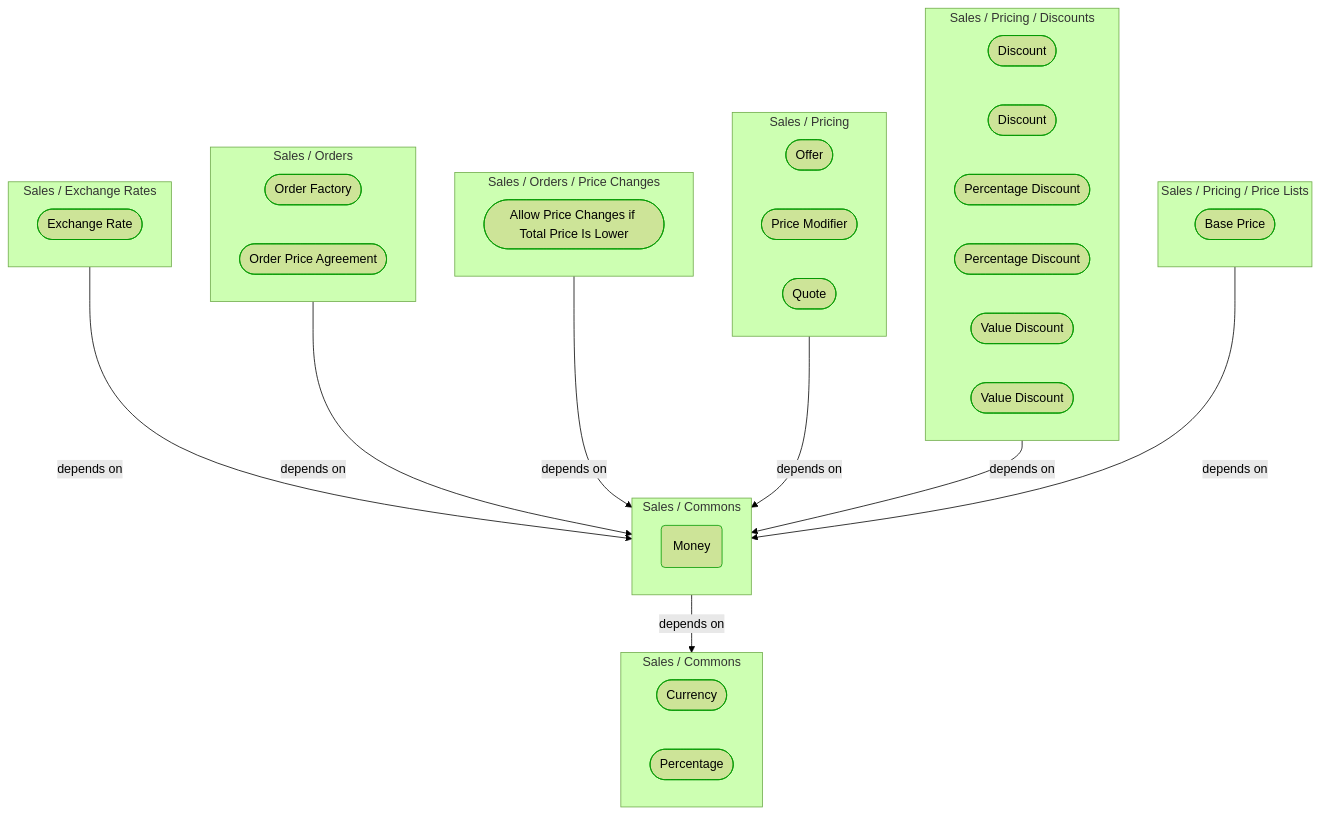
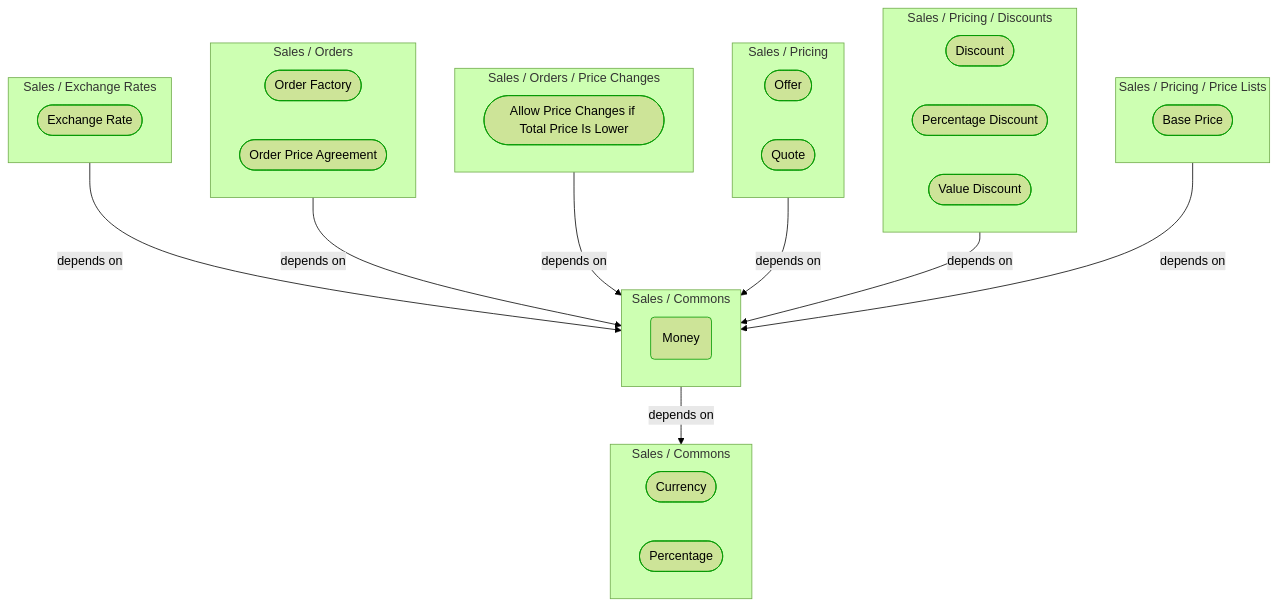
One commit to itlibrium/DDD-starter-dotnet changed the diagram in Docs/P3/MermaidOutput/Domain/Concepts/Sales/Commons/Money.md. Above: the diagram before and after it, drawn with Mermaid (forest theme). The commit also changed other lines of this file and 102 other files, not shown here.

````diff
--- a/Docs/P3/MermaidOutput/Domain/Concepts/Sales/Commons/Money.md
+++ b/Docs/P3/MermaidOutput/Domain/Concepts/Sales/Commons/Money.md
@@ -20,63 +20,55 @@
 ```mermaid
   flowchart TB
     subgraph 0["Sales / Exchange Rates"]
       1([Exchange Rate])
       class 1 DomainPerspective
     end
     subgraph 2["Sales / Orders"]
       3([Order Factory])
       class 3 DomainPerspective
       4([Order Price Agreement])
       class 4 DomainPerspective
     end
     subgraph 5["Sales / Orders / Price Changes"]
       6([Allow Price Changes if Total Price Is Lower])
       class 6 DomainPerspective
     end
     subgraph 7["Sales / Pricing"]
       8([Offer])
       class 8 DomainPerspective
-      9([Price Modifier])
+      9([Quote])
       class 9 DomainPerspective
-      10([Quote])
-      class 10 DomainPerspective
     end
-    subgraph 11["Sales / Pricing / Discounts"]
-      12([Discount])
+    subgraph 10["Sales / Pricing / Discounts"]
+      11([Discount])
+      class 11 DomainPerspective
+      12([Percentage Discount])
       class 12 DomainPerspective
-      13([Discount])
+      13([Value Discount])
       class 13 DomainPerspective
-      14([Percentage Discount])
-      class 14 DomainPerspective
-      15([Percentage Discount])
+    end
+    subgraph 14["Sales / Pricing / Price Lists"]
+      15([Base Price])
       class 15 DomainPerspective
-      16([Value Discount])
-      class 16 DomainPerspective
-      17([Value Discount])
+    end
+    subgraph 16["Sales / Commons"]
+      17(Money)
       class 17 DomainPerspective
     end
-    subgraph 18["Sales / Pricing / Price Lists"]
-      19([Base Price])
+    subgraph 18["Sales / Commons"]
+      19([Currency])
       class 19 DomainPerspective
+      20([Percentage])
+      class 20 DomainPerspective
     end
-    subgraph 20["Sales / Commons"]
-      21(Money)
-      class 21 DomainPerspective
-    end
-    subgraph 22["Sales / Commons"]
-      23([Currency])
-      class 23 DomainPerspective
-      24([Percentage])
-      class 24 DomainPerspective
-    end
-    0-->|depends on|20
-    2-->|depends on|20
-    5-->|depends on|20
-    7-->|depends on|20
-    11-->|depends on|20
-    18-->|depends on|20
-    20-->|depends on|22
+    0-->|depends on|16
+    2-->|depends on|16
+    5-->|depends on|16
+    7-->|depends on|16
+    10-->|depends on|16
+    14-->|depends on|16
+    16-->|depends on|18
     classDef DomainPerspective stroke:#009900
     classDef TechnologyPerspective stroke:#1F41EB
     classDef PeoplePerspective stroke:#FFF014
 ```
````
